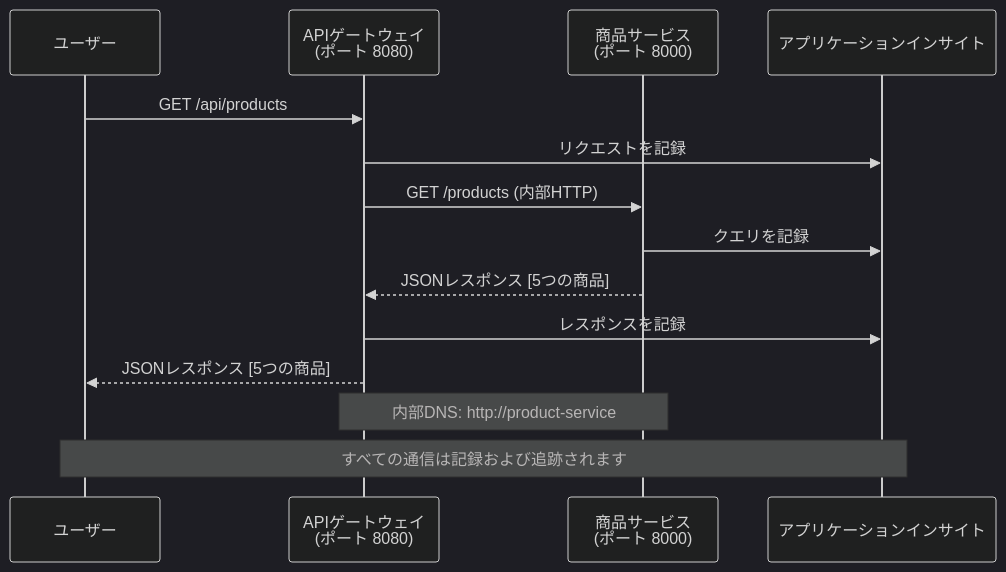
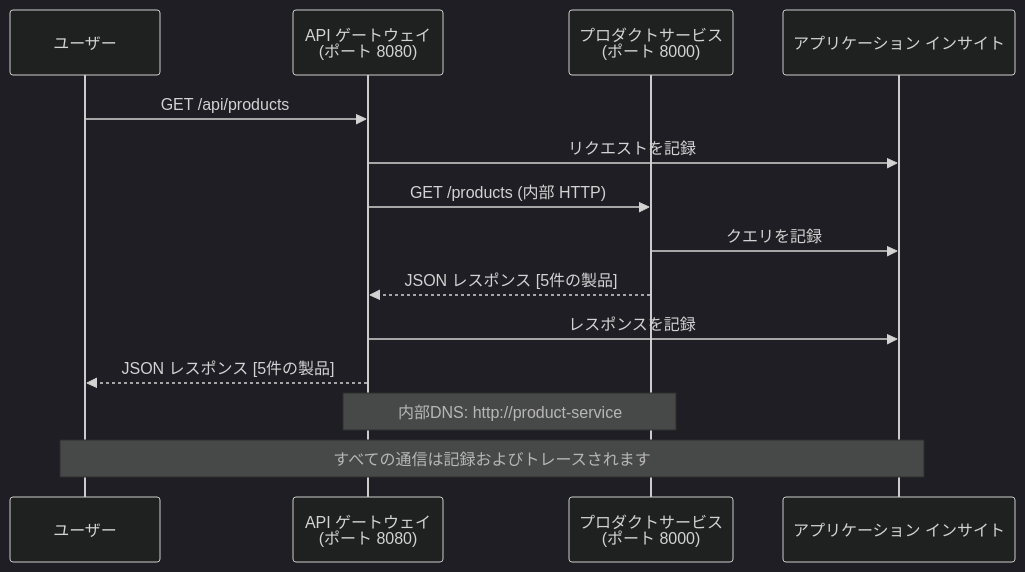
Before and after one commit to microsoft/AZD-for-beginners: the fourth of 4 diagrams in translations/ja/examples/microservices/README.md, drawn with Mermaid (dark theme). The commit also changed other lines of this file and 242 other files, not shown here.

````diff
--- a/translations/ja/examples/microservices/README.md
+++ b/translations/ja/examples/microservices/README.md
@@ -432,18 +421,18 @@
 ```mermaid
 sequenceDiagram
     participant User as ユーザー
-    participant Gateway as APIゲートウェイ<br/>(ポート 8080)
-    participant Product as 商品サービス<br/>(ポート 8000)
-    participant AI as アプリケーションインサイト
+    participant Gateway as API ゲートウェイ<br/>(ポート 8080)
+    participant Product as プロダクトサービス<br/>(ポート 8000)
+    participant AI as アプリケーション インサイト
     
     User->>Gateway: GET /api/products
     Gateway->>AI: リクエストを記録
-    Gateway->>Product: GET /products (内部HTTP)
+    Gateway->>Product: GET /products (内部 HTTP)
     Product->>AI: クエリを記録
-    Product-->>Gateway: JSONレスポンス [5つの商品]
+    Product-->>Gateway: JSON レスポンス [5件の製品]
     Gateway->>AI: レスポンスを記録
-    Gateway-->>User: JSONレスポンス [5つの商品]
+    Gateway-->>User: JSON レスポンス [5件の製品]
     
     Note over Gateway,Product: 内部DNS: http://product-service
-    Note over User,AI: すべての通信は記録および追跡されます
+    Note over User,AI: すべての通信は記録およびトレースされます
 ```
````
